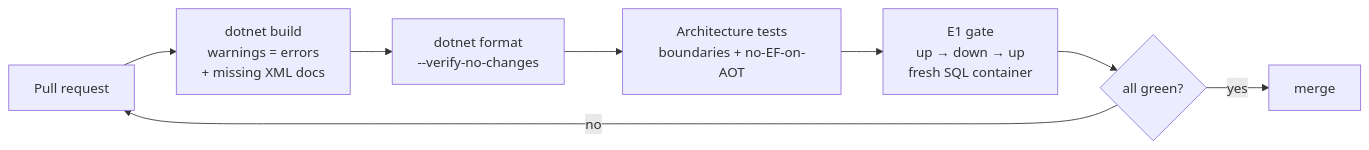
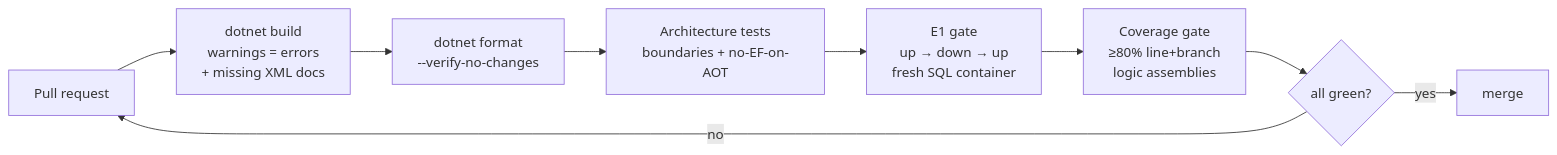
The fifth of 5 diagrams in docs/architecture.md (grezap/dataflow-studio), drawn with Mermaid before and after one commit. The commit also changed other lines of this file and 85 other files, not shown here.

First line of the commit message:
feat: Week 4 — coverage 80%, Aspire, container packaging, PySpark, §6 gate → v0.1.0 (#35)

````diff
--- a/docs/architecture.md
+++ b/docs/architecture.md
@@ -245,10 +250,11 @@
 ```mermaid
 flowchart LR
     PR[Pull request] --> BUILD[dotnet build<br/>warnings = errors<br/>+ missing XML docs]
     BUILD --> FMT[dotnet format<br/>--verify-no-changes]
     FMT --> ARCH[Architecture tests<br/>boundaries + no-EF-on-AOT]
     ARCH --> E1[E1 gate<br/>up → down → up<br/>fresh SQL container]
-    E1 --> GREEN{all green?}
+    E1 --> COV[Coverage gate<br/>≥80% line+branch<br/>logic assemblies]
+    COV --> GREEN{all green?}
     GREEN -->|yes| MERGE[merge]
     GREEN -->|no| PR
 ```
````
